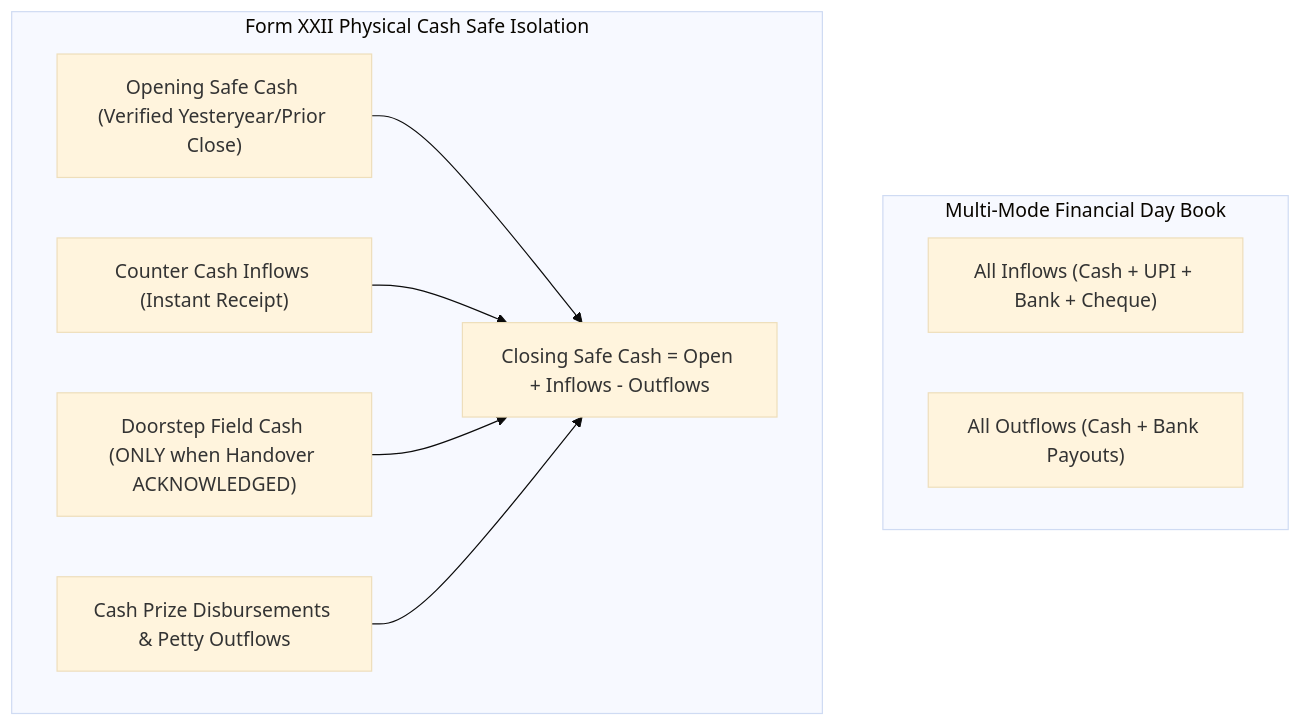
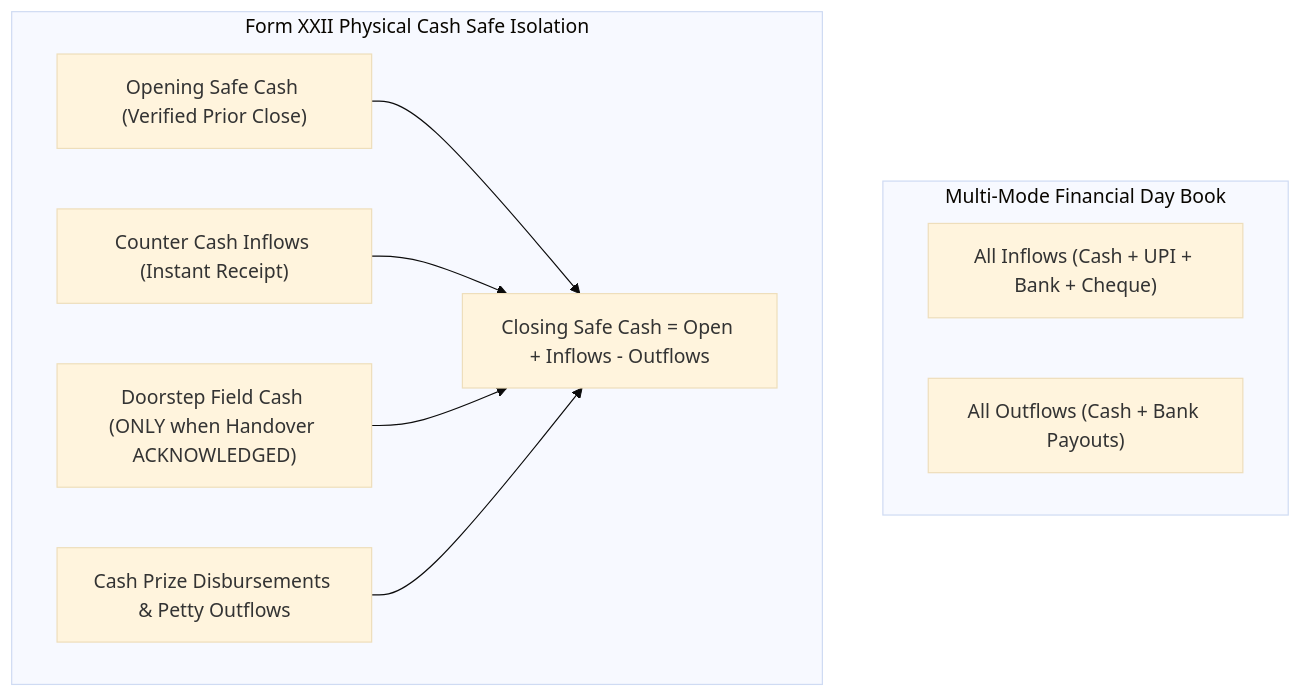
One commit to Kathir-24/Kumaran-finance changed the diagram in docs/web/form-xxii-cash-book.md. Above: the diagram before and after it, drawn with Mermaid (base theme). The commit also changed other lines of this file and 4 other files, not shown here.

````diff
--- a/docs/web/form-xxii-cash-book.md
+++ b/docs/web/form-xxii-cash-book.md
@@ -17,18 +17,18 @@
 ```mermaid
 flowchart TD
     subgraph DayBook["Multi-Mode Financial Day Book"]
         AllInflows["All Inflows (Cash + UPI + Bank + Cheque)"]
         AllOutflows["All Outflows (Cash + Bank Payouts)"]
     end
     subgraph FormXXII["Form XXII Physical Cash Safe Isolation"]
-        SafeOpen["Opening Safe Cash (Verified Yesteryear/Prior Close)"]
+        SafeOpen["Opening Safe Cash (Verified Prior Close)"]
         SafeCounter["Counter Cash Inflows (Instant Receipt)"]
         SafeHandover["Doorstep Field Cash (ONLY when Handover ACKNOWLEDGED)"]
         SafeOutflows["Cash Prize Disbursements & Petty Outflows"]
         SafeClose["Closing Safe Cash = Open + Inflows - Outflows"]
     end
     SafeOpen --> SafeClose
     SafeCounter --> SafeClose
     SafeHandover --> SafeClose
     SafeOutflows --> SafeClose
 ```
````
